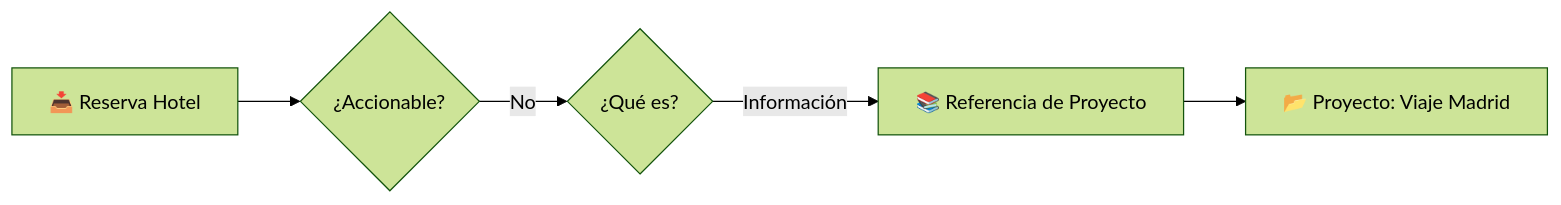
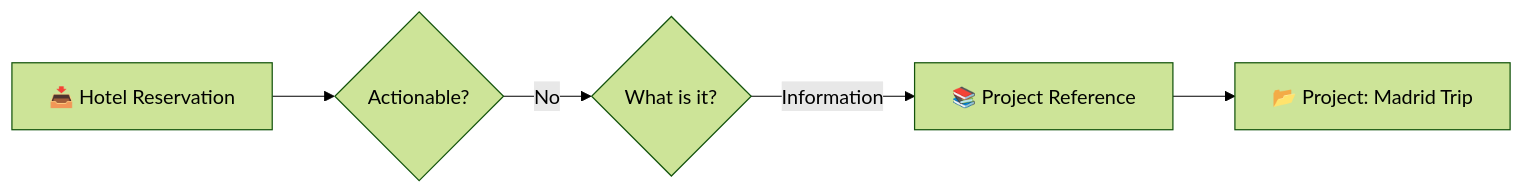
One commit to juanpanasiti/gtd-master changed the second of 4 diagrams in USAGE.md. Above: the diagram before and after it, drawn with Mermaid (forest theme). The commit also changed other lines of this file and 2 other files, not shown here.

````diff
--- a/USAGE.md
+++ b/USAGE.md
@@ -121,7 +121,7 @@
 ```mermaid
 graph LR
-    A[📥 Reserva Hotel] --> B{¿Accionable?}
-    B -- No --> C{¿Qué es?}
-    C -- Información --> D[📚 Referencia de Proyecto]
-    D --> E[📂 Proyecto: Viaje Madrid]
+    A[📥 Hotel Reservation] --> B{Actionable?}
+    B -- No --> C{What is it?}
+    C -- Information --> D[📚 Project Reference]
+    D --> E[📂 Project: Madrid Trip]
 ```
````
